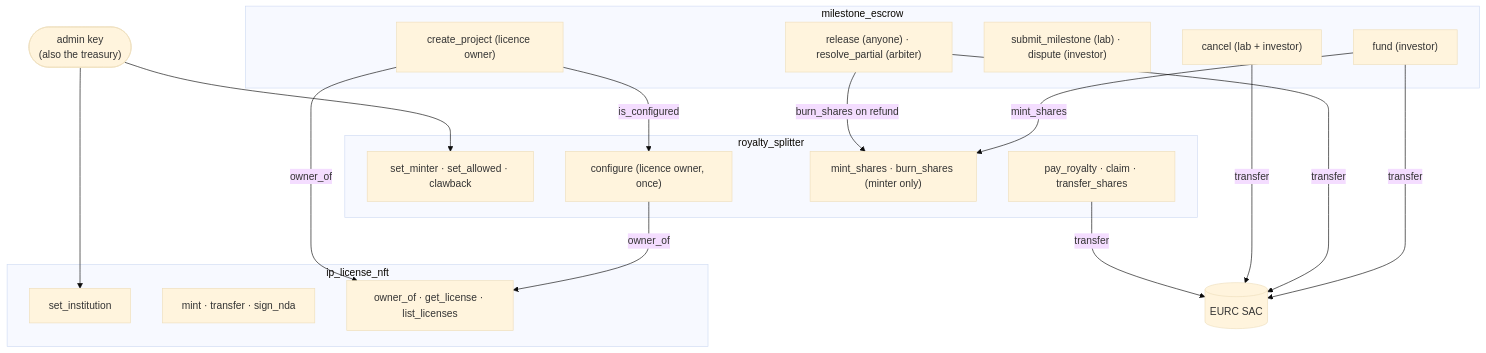
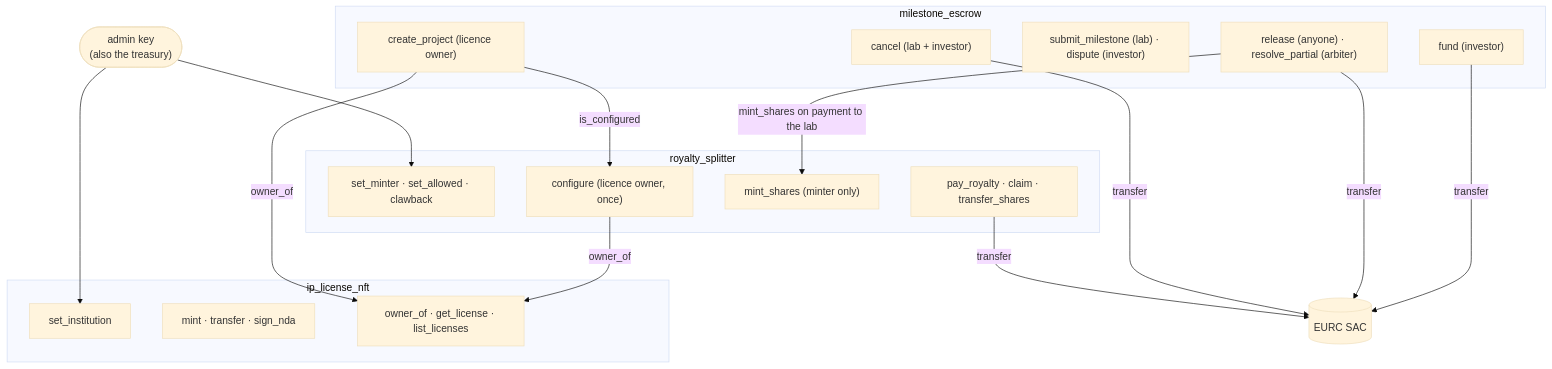
One commit to Team-hackmeridian-2026/Hackmeridian2026 changed the second of 8 diagrams in OVERVIEW.md. Above: the diagram before and after it, drawn with Mermaid (base theme). The commit also changed other lines of this file and 6 other files, not shown here.

First line of the commit message:
Mint escrow shares on milestone payment, not funding

````diff
--- a/OVERVIEW.md
+++ b/OVERVIEW.md
@@ -104,37 +104,36 @@
 ```mermaid
 flowchart TB
     ADMIN(["admin key<br/>(also the treasury)"])
 
     subgraph NFTc["ip_license_nft"]
         N1["set_institution"]
         N2["mint · transfer · sign_nda"]
         N3["owner_of · get_license · list_licenses"]
     end
 
     subgraph SPLc["royalty_splitter"]
         S1["set_minter · set_allowed · clawback"]
         S2["configure (licence owner, once)"]
-        S3["mint_shares · burn_shares (minter only)"]
+        S3["mint_shares (minter only)"]
         S4["pay_royalty · claim · transfer_shares"]
     end
 
     subgraph ESCc["milestone_escrow"]
         E1["create_project (licence owner)"]
         E2["fund (investor)"]
         E3["submit_milestone (lab) · dispute (investor)"]
         E4["release (anyone) · resolve_partial (arbiter)"]
         E5["cancel (lab + investor)"]
     end
 
     EURC[("EURC SAC")]
 
     ADMIN --> N1
     ADMIN --> S1
     S2 -- "owner_of" --> N3
     E1 -- "owner_of" --> N3
     E1 -- "is_configured" --> S2
-    E2 -- "mint_shares" --> S3
-    E4 -- "burn_shares on refund" --> S3
+    E4 -- "mint_shares on payment to the lab" --> S3
     E2 & E4 & E5 -- "transfer" --> EURC
     S4 -- "transfer" --> EURC
 ```
````
